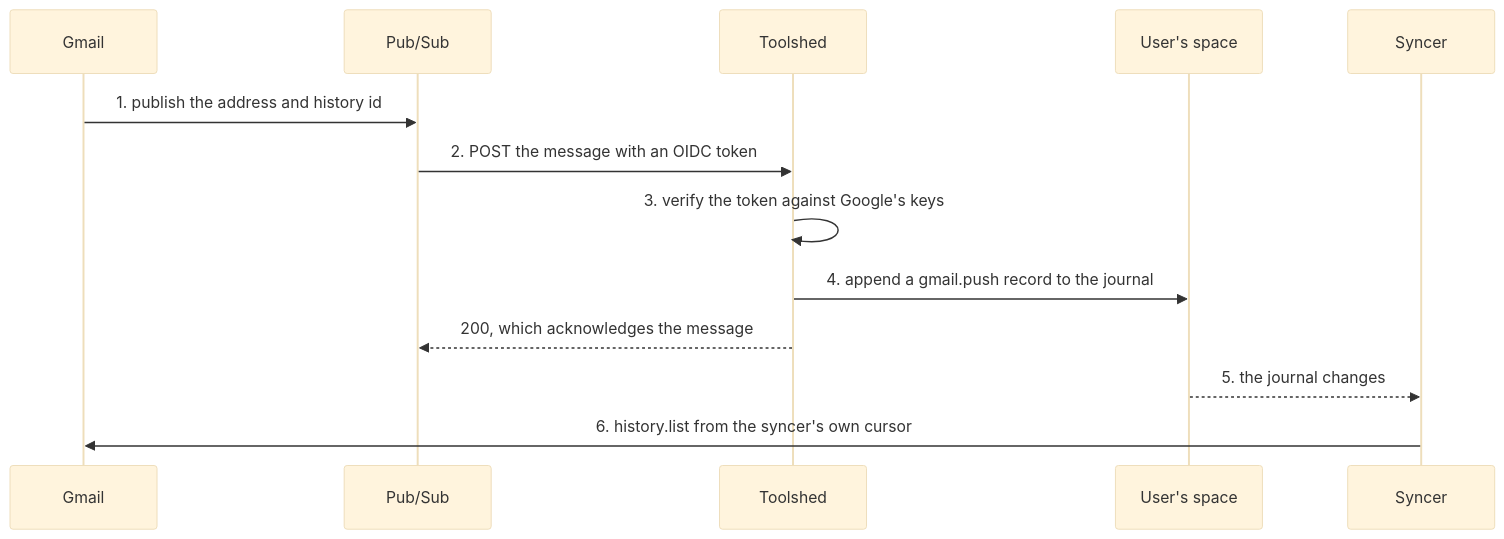
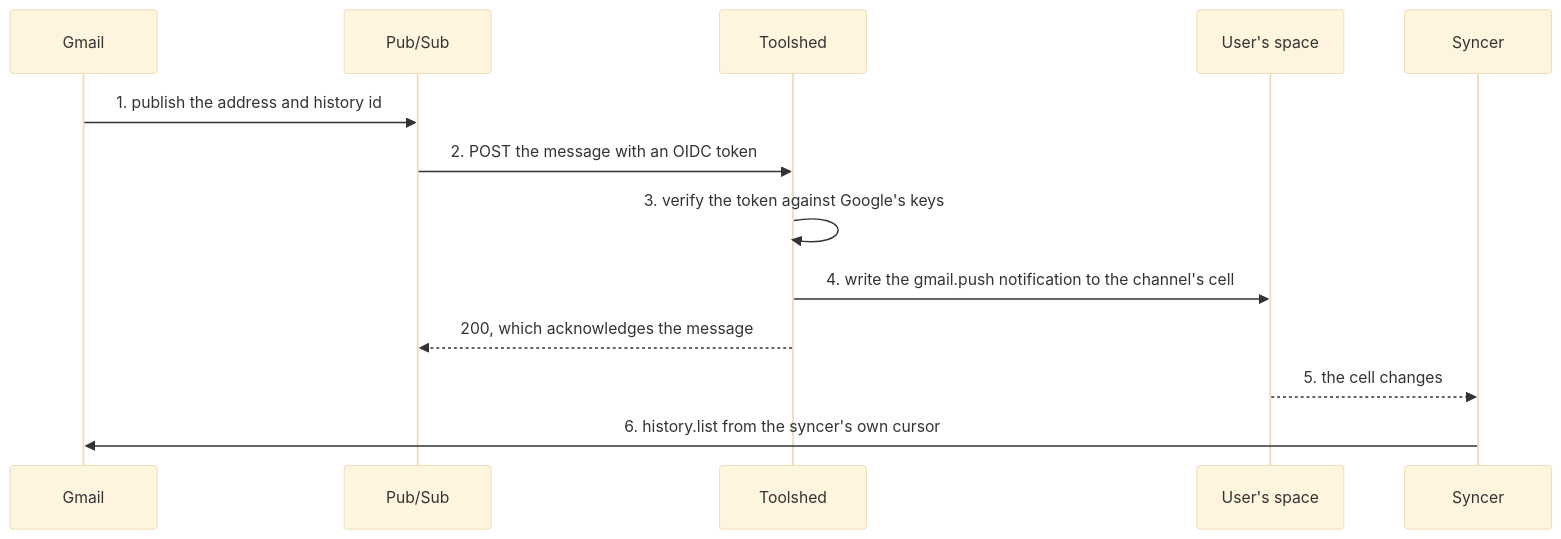
The third of 3 diagrams in docs/features/gmail-push-architecture.md (commonfabric/labs), drawn with Mermaid (base theme) before and after one commit. The commit also changed other lines of this file and 18 other files, not shown here.

First line of the commit message:
feat(toolshed): a `latest` sink, which Gmail push writes to in place of a journal

````diff
--- a/docs/features/gmail-push-architecture.md
+++ b/docs/features/gmail-push-architecture.md
@@ -124,16 +124,16 @@
 ```mermaid
 sequenceDiagram
     participant G as Gmail
     participant P as Pub/Sub
     participant T as Toolshed
     participant U as User's space
     participant S as Syncer
 
     G->>P: 1. publish the address and history id
     P->>T: 2. POST the message with an OIDC token
     T->>T: 3. verify the token against Google's keys
-    T->>U: 4. append a gmail.push record to the journal
+    T->>U: 4. write the gmail.push notification to the channel's cell
     T-->>P: 200, which acknowledges the message
-    U-->>S: 5. the journal changes
+    U-->>S: 5. the cell changes
     S->>G: 6. history.list from the syncer's own cursor
 ```
````
